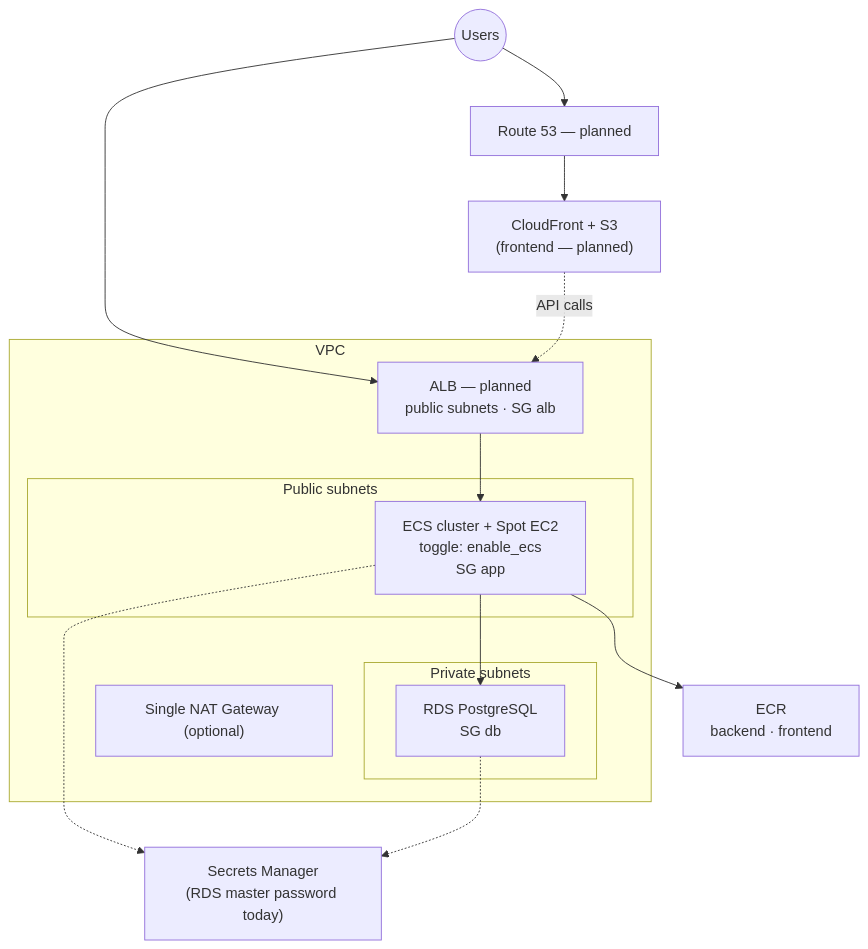
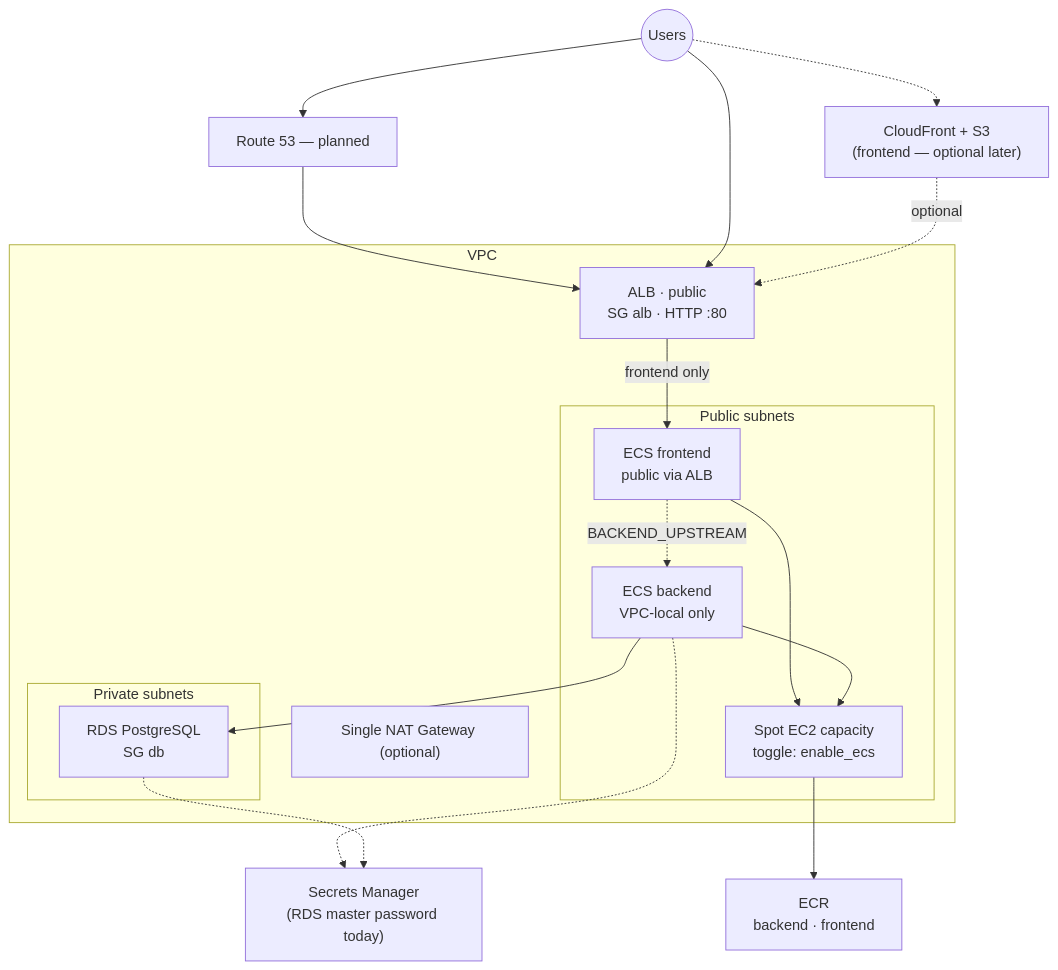
The fifth of 6 diagrams in docs/architecture.md (mazarsju/teacher-wang-infra), drawn with Mermaid before and after one commit. The commit also changed other lines of this file and 9 other files, not shown here.

````diff
--- a/docs/architecture.md
+++ b/docs/architecture.md
@@ -152,35 +162,41 @@
 ```mermaid
 flowchart TB
   Users((Users))
 
-  CF["CloudFront + S3<br/>(frontend — planned)"]
+  CF["CloudFront + S3<br/>(frontend — optional later)"]
   R53["Route 53 — planned"]
 
   Users --> R53
-  R53 --> CF
+  R53 --> ALB
   Users --> ALB
+  Users -.-> CF
 
   subgraph VPC["VPC"]
-    ALB["ALB — planned<br/>public subnets · SG alb"]
+    ALB["ALB · public<br/>SG alb · HTTP :80"]
 
     subgraph Public["Public subnets"]
-      ECS["ECS cluster + Spot EC2<br/>toggle: enable_ecs<br/>SG app"]
+      FE["ECS frontend<br/>public via ALB"]
+      BE["ECS backend<br/>VPC-local only"]
+      ECS["Spot EC2 capacity<br/>toggle: enable_ecs"]
     end
 
     subgraph Private["Private subnets"]
       RDS["RDS PostgreSQL<br/>SG db"]
     end
 
     NAT["Single NAT Gateway (optional)"]
   end
 
   ECR["ECR<br/>backend · frontend"]
   SM["Secrets Manager<br/>(RDS master password today)"]
 
-  ALB --> ECS
-  ECS --> RDS
+  ALB -->|frontend only| FE
+  FE -.->|BACKEND_UPSTREAM| BE
+  BE --> RDS
+  FE --> ECS
+  BE --> ECS
   ECS --> ECR
-  ECS -.-> SM
+  BE -.-> SM
   RDS -.-> SM
-  CF -.->|API calls| ALB
+  CF -.->|optional| ALB
 ```
````
